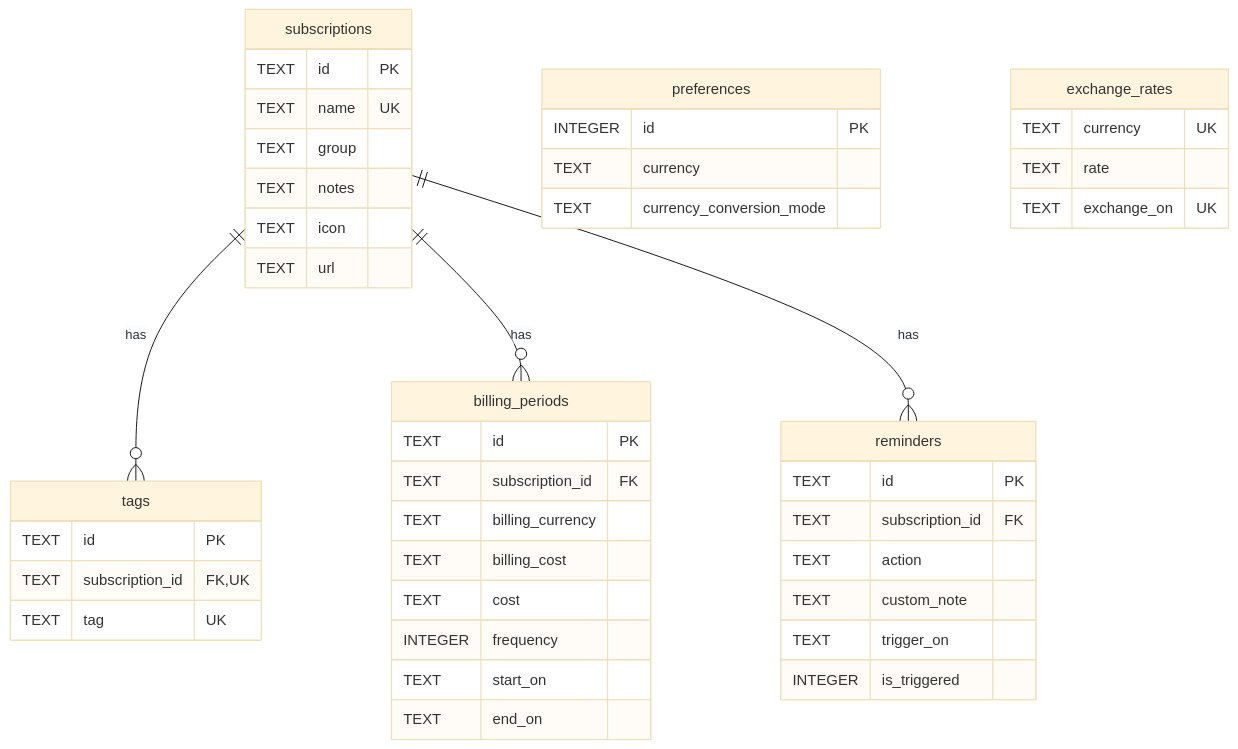
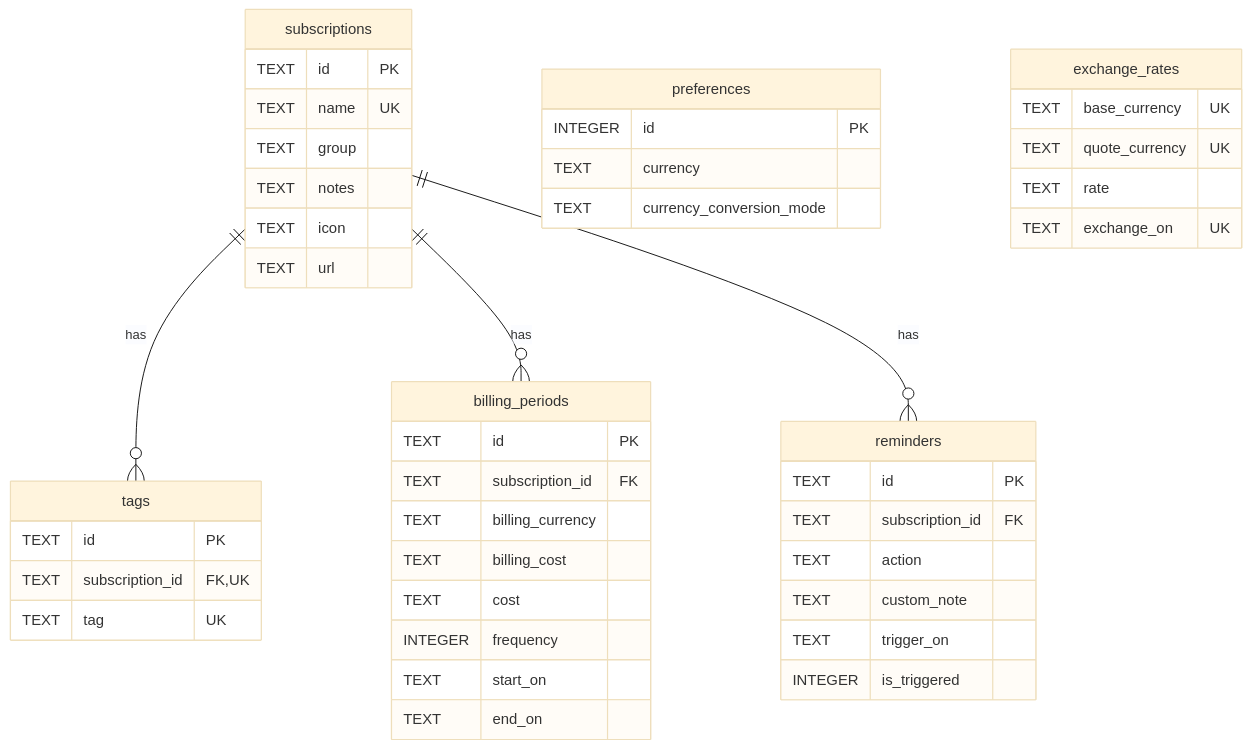
The diagram in docs/adr/20261018-db-schema.md (skarabasakis/subtill), drawn with Mermaid (base theme) before and after one commit. The commit also changed other lines of this file and 6 other files, not shown here.

First line of the commit message:
Add exchange_rates.quote_currency column

````diff
--- a/docs/adr/20261018-db-schema.md
+++ b/docs/adr/20261018-db-schema.md
@@ -19,47 +19,48 @@
 ```mermaid
 erDiagram
   subscriptions {
     TEXT id PK
     TEXT name UK
     TEXT group
     TEXT notes
     TEXT icon
     TEXT url
   }
   tags {
     TEXT id PK
     TEXT subscription_id FK, UK
     TEXT tag UK
   }
   billing_periods {
     TEXT id PK
     TEXT subscription_id FK
     TEXT billing_currency
     TEXT billing_cost
     TEXT cost
     INTEGER frequency
     TEXT start_on
     TEXT end_on
   }
   reminders {
     TEXT id PK
     TEXT subscription_id FK
     TEXT action
     TEXT custom_note
     TEXT trigger_on
     INTEGER is_triggered
   }
   preferences {
     INTEGER id PK
     TEXT currency
     TEXT currency_conversion_mode
   }
   exchange_rates {
-    TEXT currency UK
+    TEXT base_currency UK
+    TEXT quote_currency UK
     TEXT rate
     TEXT exchange_on UK
   }
   subscriptions ||--o{ tags : has
   subscriptions ||--o{ billing_periods : has
   subscriptions ||--o{ reminders : has
 ```
````
